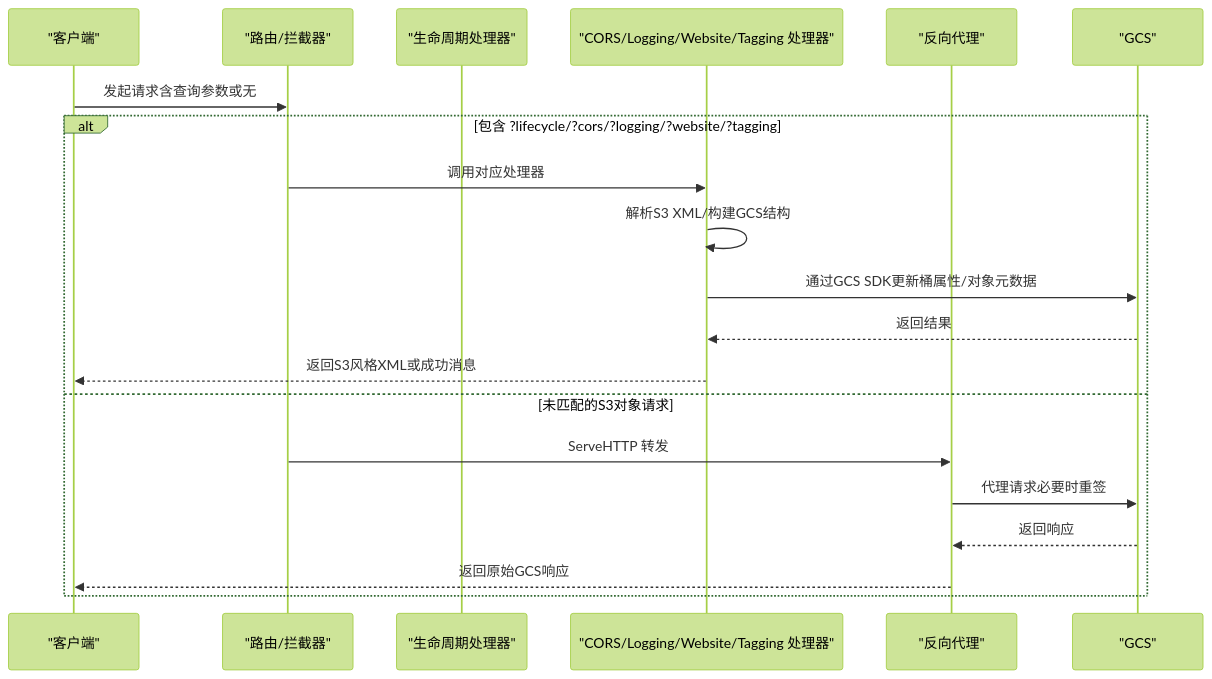
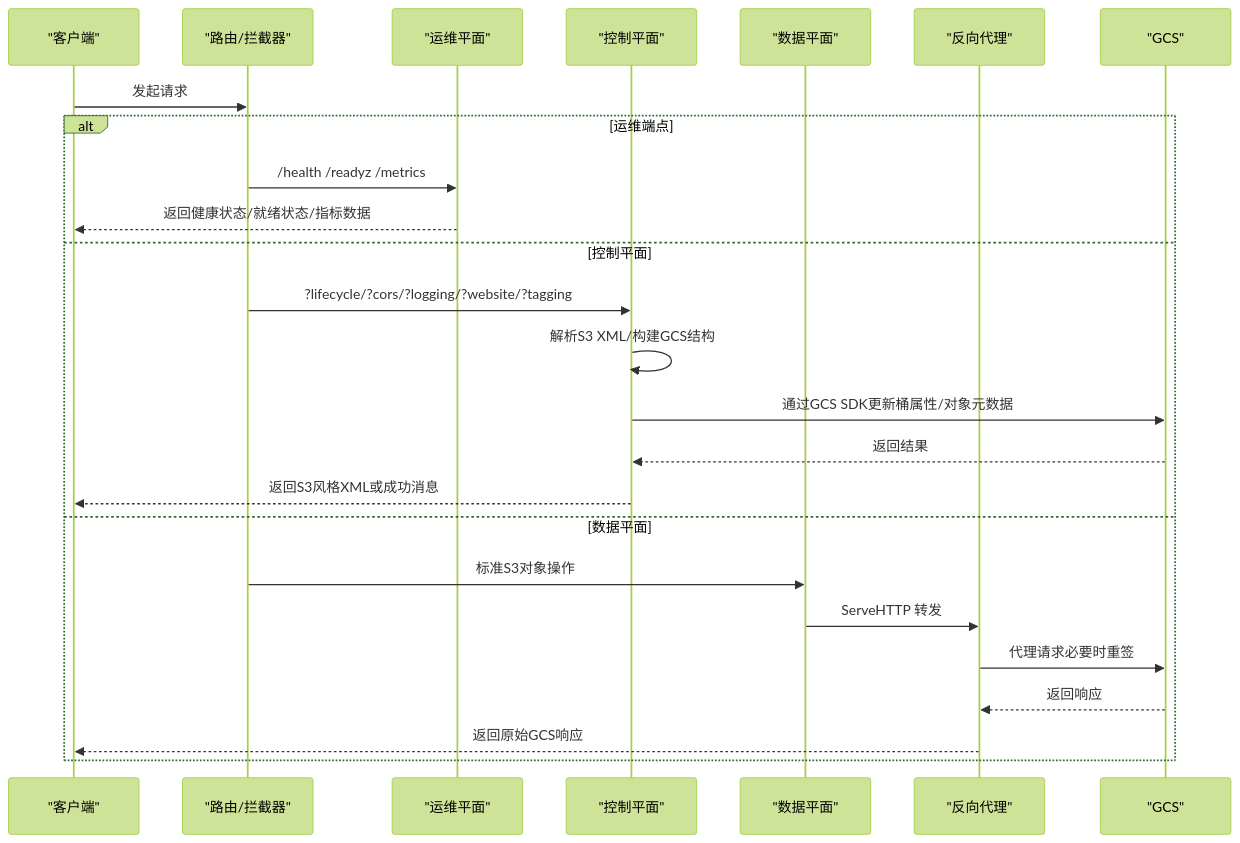
Before and after one commit to flying1574/S3Proxy4GCS: the second of 6 diagrams in .qoder/repowiki/zh/content/API参考/API参考.md, drawn with Mermaid (forest theme). The commit also changed other lines of this file and 10 other files, not shown here.

````diff
--- a/.qoder/repowiki/zh/content/API参考/API参考.md
+++ b/.qoder/repowiki/zh/content/API参考/API参考.md
@@ -90,22 +120,27 @@
 ```mermaid
 sequenceDiagram
 participant C as "客户端"
 participant R as "路由/拦截器"
-participant L as "生命周期处理器"
-participant X as "CORS/Logging/Website/Tagging 处理器"
+participant O as "运维平面"
+participant CP as "控制平面"
+participant DP as "数据平面"
 participant P as "反向代理"
 participant G as "GCS"
-C->>R : 发起请求含查询参数或无
-alt 包含 ?lifecycle/?cors/?logging/?website/?tagging
-R->>X : 调用对应处理器
-X->>X : 解析S3 XML/构建GCS结构
-X->>G : 通过GCS SDK更新桶属性/对象元数据
-G-->>X : 返回结果
-X-->>C : 返回S3风格XML或成功消息
-else 未匹配的S3对象请求
-R->>P : ServeHTTP 转发
+C->>R : 发起请求
+alt 运维端点
+R->>O : /health /readyz /metrics
+O-->>C : 返回健康状态/就绪状态/指标数据
+else 控制平面
+R->>CP : ?lifecycle/?cors/?logging/?website/?tagging
+CP->>CP : 解析S3 XML/构建GCS结构
+CP->>G : 通过GCS SDK更新桶属性/对象元数据
+G-->>CP : 返回结果
+CP-->>C : 返回S3风格XML或成功消息
+else 数据平面
+R->>DP : 标准S3对象操作
+DP->>P : ServeHTTP 转发
 P->>G : 代理请求必要时重签
 G-->>P : 返回响应
 P-->>C : 返回原始GCS响应
 end
 ```
````
